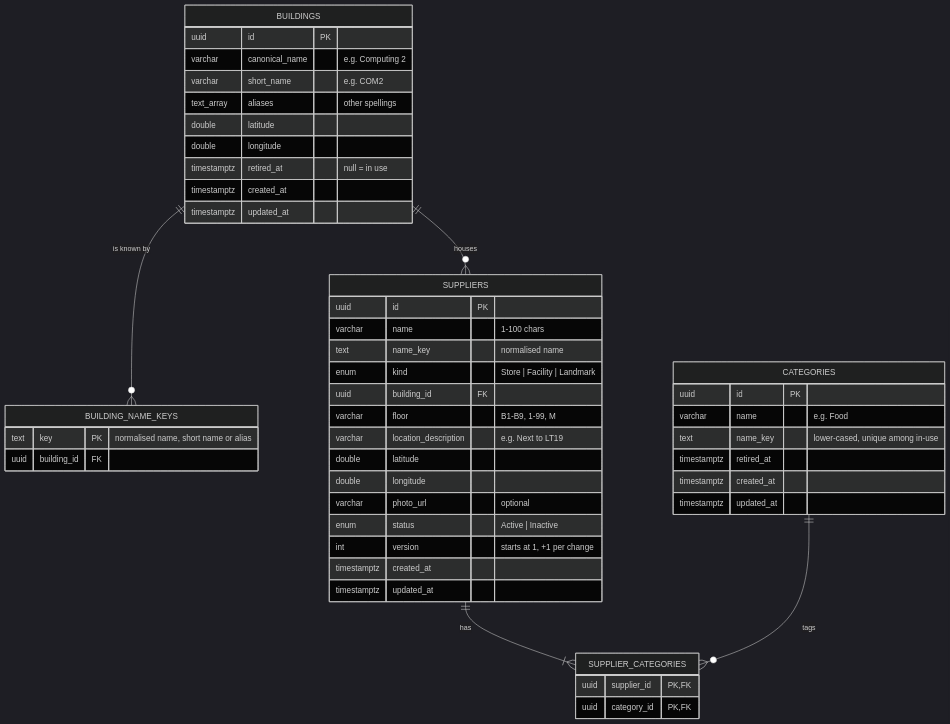
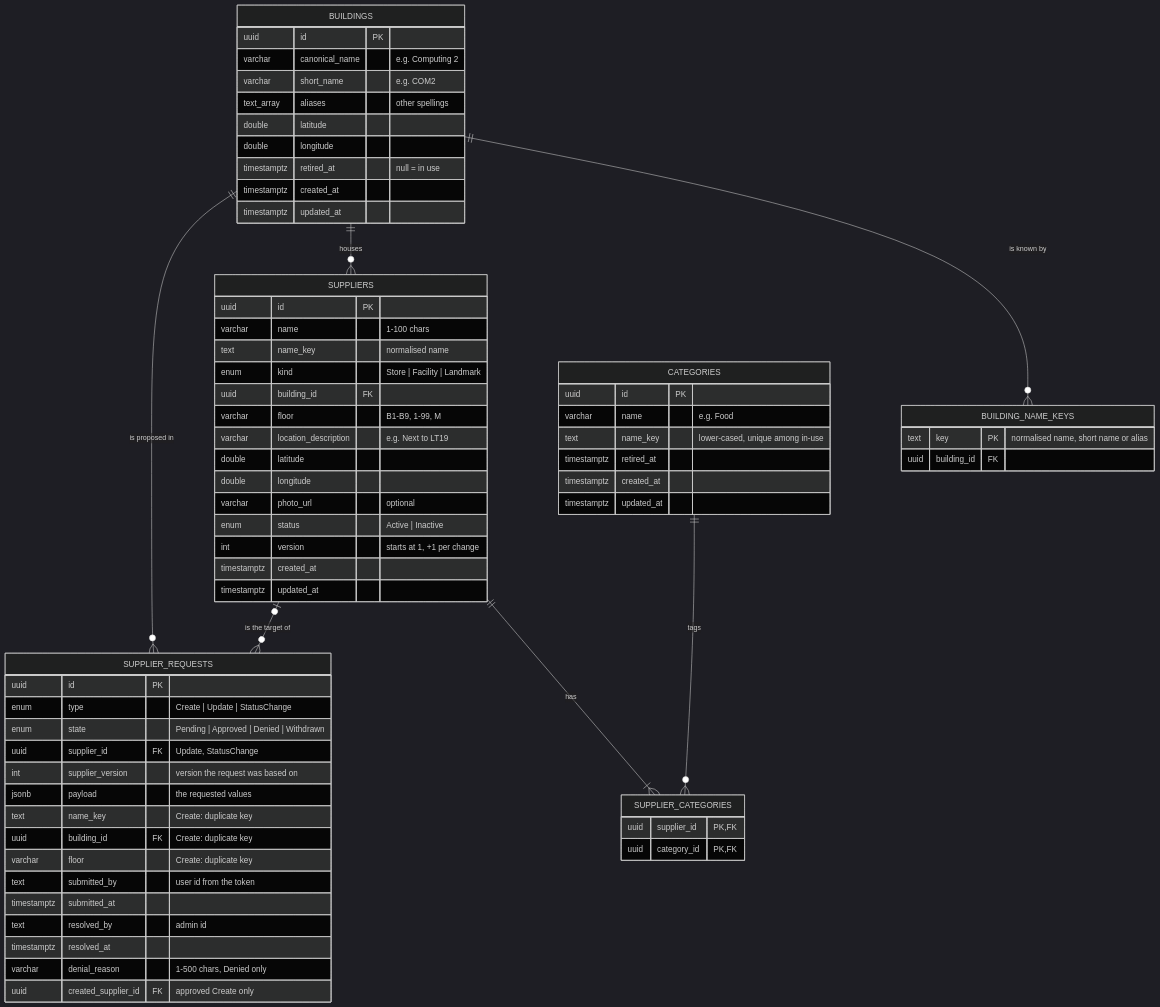
One commit to AY2627S1-CS3219-P27/FoC changed the first of 4 diagrams in supplier-service/README.md. Above: the diagram before and after it, drawn with Mermaid (dark theme). The commit also changed other lines of this file and 2 other files, not shown here.

First line of the commit message:
Document and demo supplier requests

````diff
--- a/supplier-service/README.md
+++ b/supplier-service/README.md
@@ -87,51 +88,70 @@
 ```mermaid
 erDiagram
     BUILDINGS ||--o{ BUILDING_NAME_KEYS : "is known by"
     BUILDINGS ||--o{ SUPPLIERS : "houses"
     SUPPLIERS ||--|{ SUPPLIER_CATEGORIES : "has"
     CATEGORIES ||--o{ SUPPLIER_CATEGORIES : "tags"
 
     BUILDINGS {
         uuid id PK
         varchar canonical_name "e.g. Computing 2"
         varchar short_name "e.g. COM2"
         text_array aliases "other spellings"
         double latitude
         double longitude
         timestamptz retired_at "null = in use"
         timestamptz created_at
         timestamptz updated_at
     }
     BUILDING_NAME_KEYS {
         text key PK "normalised name, short name or alias"
         uuid building_id FK
     }
     CATEGORIES {
         uuid id PK
         varchar name "e.g. Food"
         text name_key "lower-cased, unique among in-use"
         timestamptz retired_at
         timestamptz created_at
         timestamptz updated_at
     }
     SUPPLIERS {
         uuid id PK
         varchar name "1-100 chars"
         text name_key "normalised name"
         enum kind "Store | Facility | Landmark"
         uuid building_id FK
         varchar floor "B1-B9, 1-99, M"
         varchar location_description "e.g. Next to LT19"
         double latitude
         double longitude
         varchar photo_url "optional"
         enum status "Active | Inactive"
         int version "starts at 1, +1 per change"
         timestamptz created_at
         timestamptz updated_at
     }
     SUPPLIER_CATEGORIES {
         uuid supplier_id PK, FK
         uuid category_id PK, FK
     }
+    SUPPLIERS |o--o{ SUPPLIER_REQUESTS : "is the target of"
+    BUILDINGS ||--o{ SUPPLIER_REQUESTS : "is proposed in"
+    SUPPLIER_REQUESTS {
+        uuid id PK
+        enum type "Create | Update | StatusChange"
+        enum state "Pending | Approved | Denied | Withdrawn"
+        uuid supplier_id FK "Update, StatusChange"
+        int supplier_version "version the request was based on"
+        jsonb payload "the requested values"
+        text name_key "Create: duplicate key"
+        uuid building_id FK "Create: duplicate key"
+        varchar floor "Create: duplicate key"
+        text submitted_by "user id from the token"
+        timestamptz submitted_at
+        text resolved_by "admin id"
+        timestamptz resolved_at
+        varchar denial_reason "1-500 chars, Denied only"
+        uuid created_supplier_id FK "approved Create only"
+    }
 ```
````
